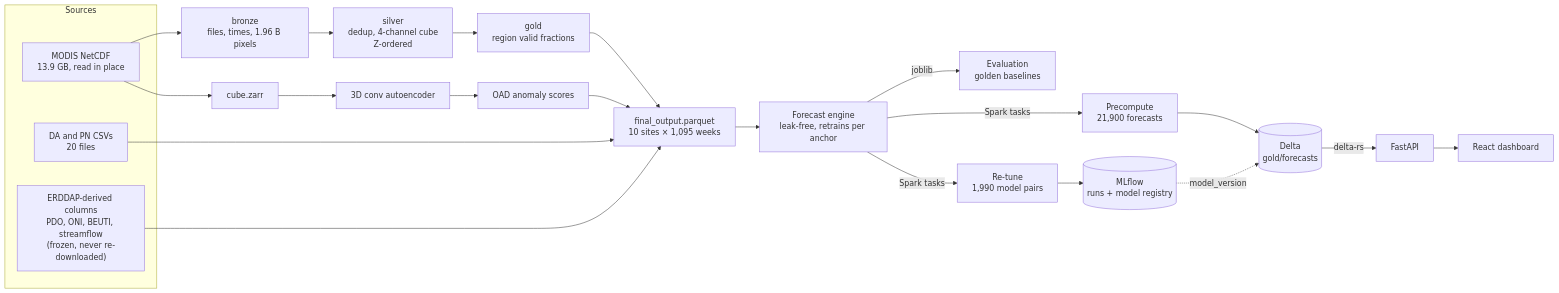
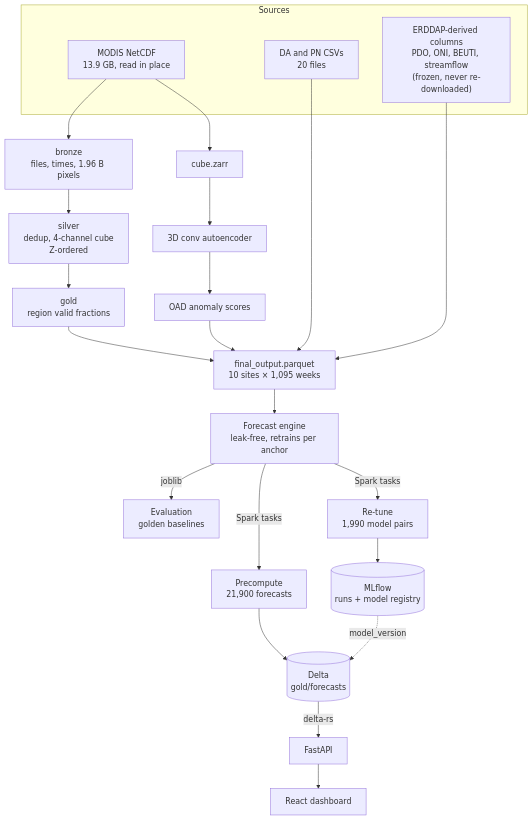
One commit to ansoncchen/DATect-Forecasting-Domoic-Acid changed the diagram in docs/DATA_ENGINEERING.md. Above: the diagram before and after it, drawn with Mermaid.

Commit message:
docs: draw the architecture top to bottom so it reads at GitHub's width

````diff
--- a/docs/DATA_ENGINEERING.md
+++ b/docs/DATA_ENGINEERING.md
@@ -37,24 +37,24 @@
 ```mermaid
-flowchart LR
+flowchart TB
   subgraph sources["Sources"]
     nc["MODIS NetCDF<br/>13.9 GB, read in place"]
     csv["DA and PN CSVs<br/>20 files"]
     env["ERDDAP-derived columns<br/>PDO, ONI, BEUTI, streamflow<br/>(frozen, never re-downloaded)"]
   end
   nc --> bronze["bronze<br/>files, times, 1.96 B pixels"]
   bronze --> silver["silver<br/>dedup, 4-channel cube<br/>Z-ordered"]
   silver --> gold["gold<br/>region valid fractions"]
   nc --> zarr["cube.zarr"] --> ae["3D conv autoencoder"] --> oad["OAD anomaly scores"]
   gold --> features["final_output.parquet<br/>10 sites × 1,095 weeks"]
   oad --> features
   csv --> features
   env --> features
   features --> engine["Forecast engine<br/>leak-free, retrains per anchor"]
   engine -- joblib --> evals["Evaluation<br/>golden baselines"]
   engine -- Spark tasks --> retune["Re-tune<br/>1,990 model pairs"]
   engine -- Spark tasks --> pre["Precompute<br/>21,900 forecasts"]
   retune --> mlflow[("MLflow<br/>runs + model registry")]
   pre --> table[("Delta<br/>gold/forecasts")]
   mlflow -. model_version .-> table
   table -- delta-rs --> api["FastAPI"] --> ui["React dashboard"]
 ```
````
